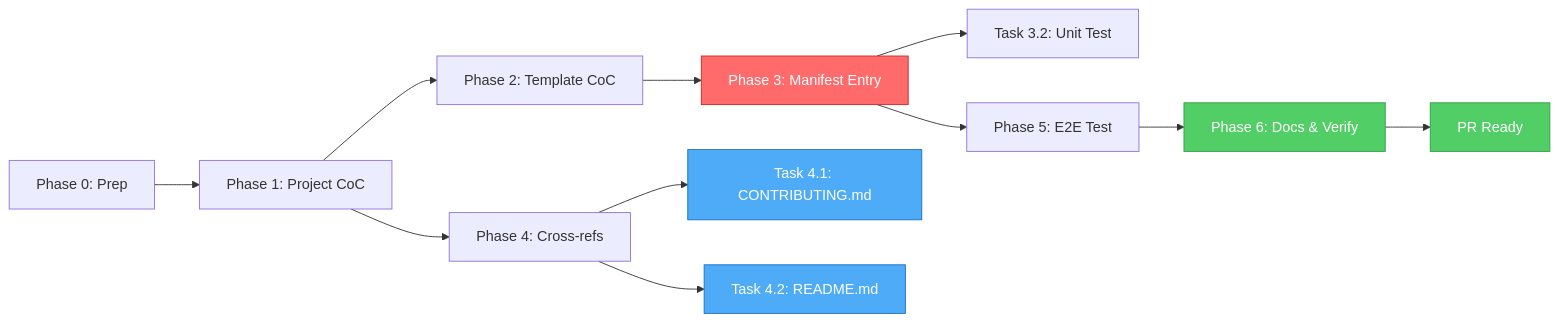
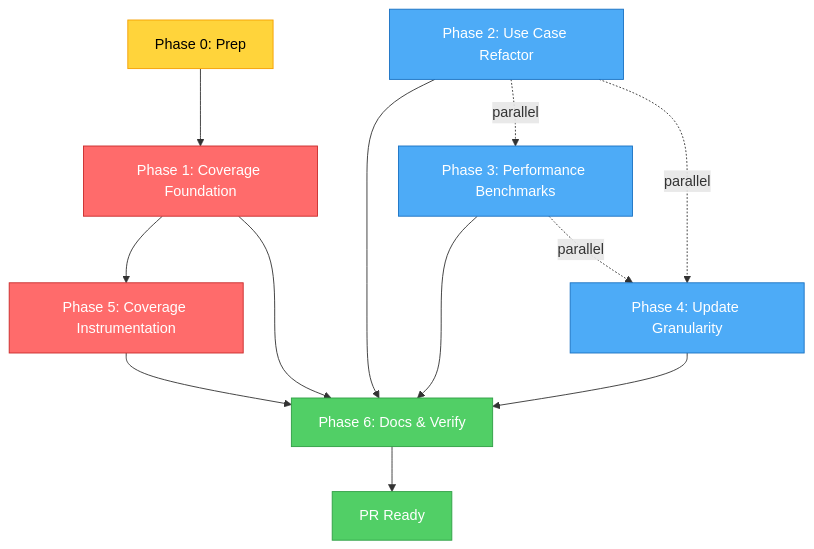
One commit to Fisherk2/codice-opencode changed the first of 2 diagrams in tasks/plan.md. Above: the diagram before and after it, drawn with Mermaid. The commit also changed other lines of this file and 1 other file, not shown here.

````diff
--- a/tasks/plan.md
+++ b/tasks/plan.md
@@ -89,21 +114,27 @@
 ```mermaid
-graph LR
-    P0[Phase 0: Prep] --> P1[Phase 1: Project CoC]
-    P1 --> P2[Phase 2: Template CoC]
-    P2 --> P3[Phase 3: Manifest Entry]
-    P3 --> P3T[Task 3.2: Unit Test]
-    P1 --> P4[Phase 4: Cross-refs]
-    P4 --> P4A[Task 4.1: CONTRIBUTING.md]
-    P4 --> P4B[Task 4.2: README.md]
-    P3 --> P5[Phase 5: E2E Test]
-    P5 --> P6[Phase 6: Docs & Verify]
+graph TD
+    P0[Phase 0: Prep] --> P1[Phase 1: Coverage Foundation]
+    P1 --> P5[Phase 5: Coverage Instrumentation]
+    P1 --> P6[Phase 6: Docs & Verify]
+    
+    P2[Phase 2: Use Case Refactor] --> P6
+    P3[Phase 3: Performance Benchmarks] --> P6
+    P4[Phase 4: Update Granularity] --> P6
+    
+    P5 --> P6
+    P2 -.->|parallel| P3
+    P2 -.->|parallel| P4
+    P3 -.->|parallel| P4
+    
     P6 --> DONE[PR Ready]
-
+    
     classDef crit fill:#ff6b6b,stroke:#c92a2a,color:#fff
     classDef gate fill:#51cf66,stroke:#2f9e44,color:#fff
     classDef par fill:#4dabf7,stroke:#1971c2,color:#fff
-
-    class P3 crit
+    classDef seq fill:#ffd43b,stroke:#f59f00,color:#000
+    
+    class P1,P5 crit
     class P6,DONE gate
-    class P4A,P4B par
+    class P2,P3,P4 par
+    class P0 seq
 ```
````
